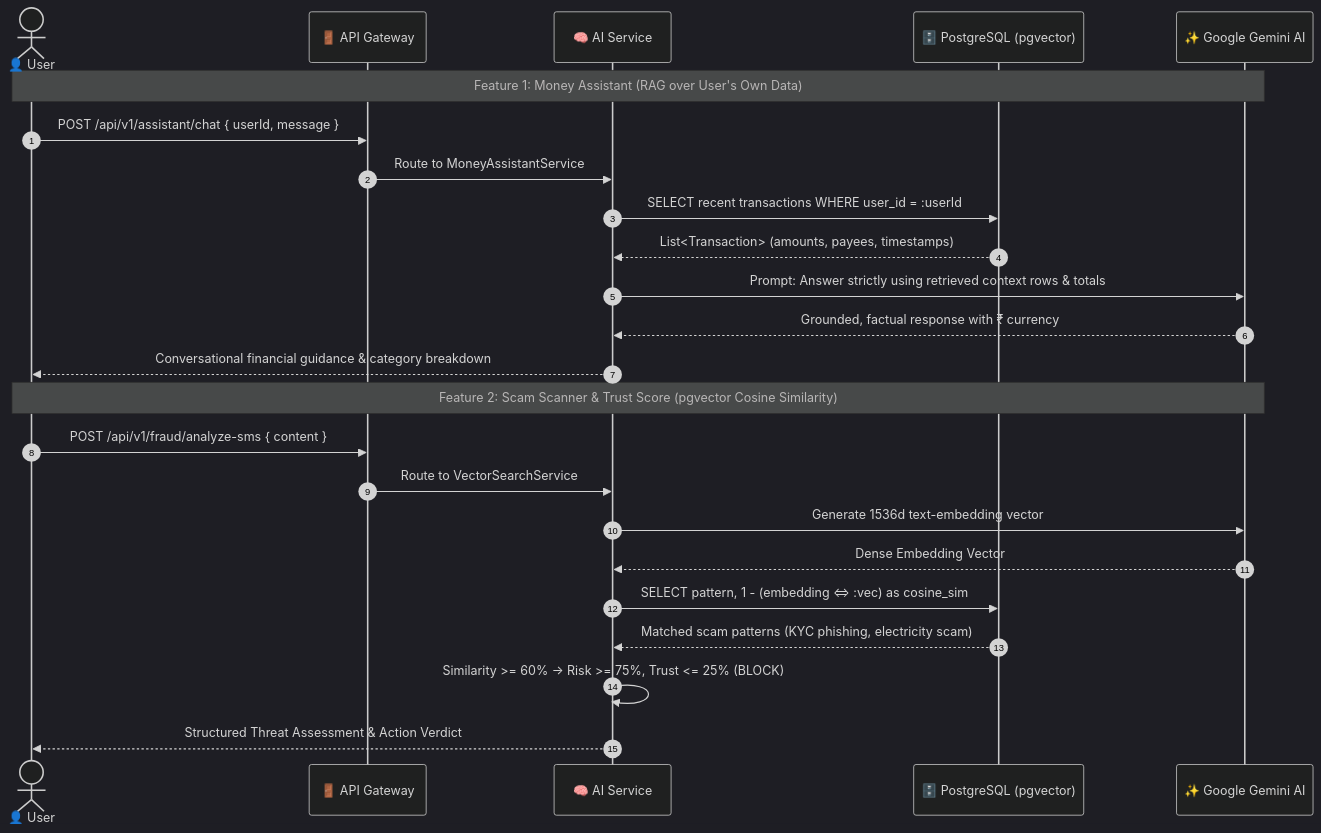
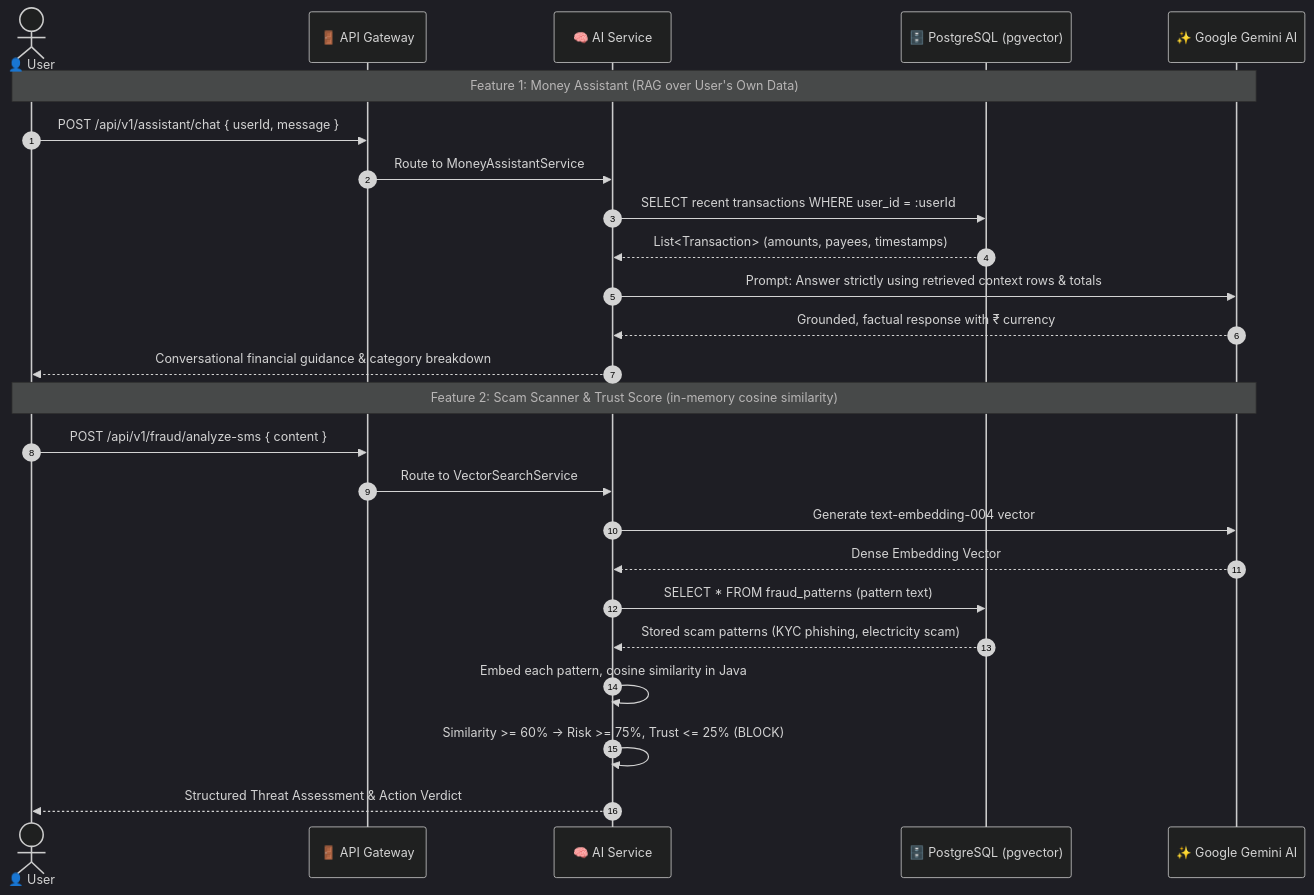
Before and after one commit to pavansaiambala7/safepe: the second of 2 diagrams in README.md, drawn with Mermaid (dark theme). The commit also changed other lines of this file, not shown here.

````diff
--- a/README.md
+++ b/README.md
@@ -104,28 +104,29 @@
 ```mermaid
 sequenceDiagram
     autonumber
     actor User as 👤 User
     participant GW as 🚪 API Gateway
     participant AI as 🧠 AI Service
     participant PGV as 🗄️ PostgreSQL (pgvector)
     participant GEMINI as ✨ Google Gemini AI
 
     Note over User,GEMINI: Feature 1: Money Assistant (RAG over User's Own Data)
     User->>GW: POST /api/v1/assistant/chat { userId, message }
     GW->>AI: Route to MoneyAssistantService
     AI->>PGV: SELECT recent transactions WHERE user_id = :userId
     PGV-->>AI: List<Transaction> (amounts, payees, timestamps)
     AI->>GEMINI: Prompt: Answer strictly using retrieved context rows & totals
     GEMINI-->>AI: Grounded, factual response with ₹ currency
     AI-->>User: Conversational financial guidance & category breakdown
 
-    Note over User,GEMINI: Feature 2: Scam Scanner & Trust Score (pgvector Cosine Similarity)
+    Note over User,GEMINI: Feature 2: Scam Scanner & Trust Score (in-memory cosine similarity)
     User->>GW: POST /api/v1/fraud/analyze-sms { content }
     GW->>AI: Route to VectorSearchService
-    AI->>GEMINI: Generate 1536d text-embedding vector
+    AI->>GEMINI: Generate text-embedding-004 vector
     GEMINI-->>AI: Dense Embedding Vector
-    AI->>PGV: SELECT pattern, 1 - (embedding <=> :vec) as cosine_sim
-    PGV-->>AI: Matched scam patterns (KYC phishing, electricity scam)
+    AI->>PGV: SELECT * FROM fraud_patterns (pattern text)
+    PGV-->>AI: Stored scam patterns (KYC phishing, electricity scam)
+    AI->>AI: Embed each pattern, cosine similarity in Java
     AI->>AI: Similarity >= 60% → Risk >= 75%, Trust <= 25% (BLOCK)
     AI-->>User: Structured Threat Assessment & Action Verdict
 ```
````
